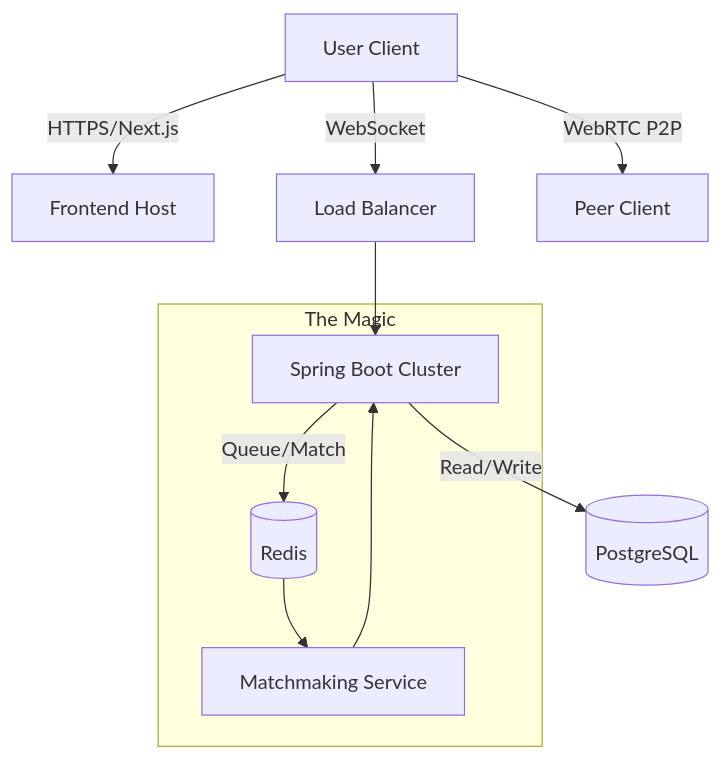
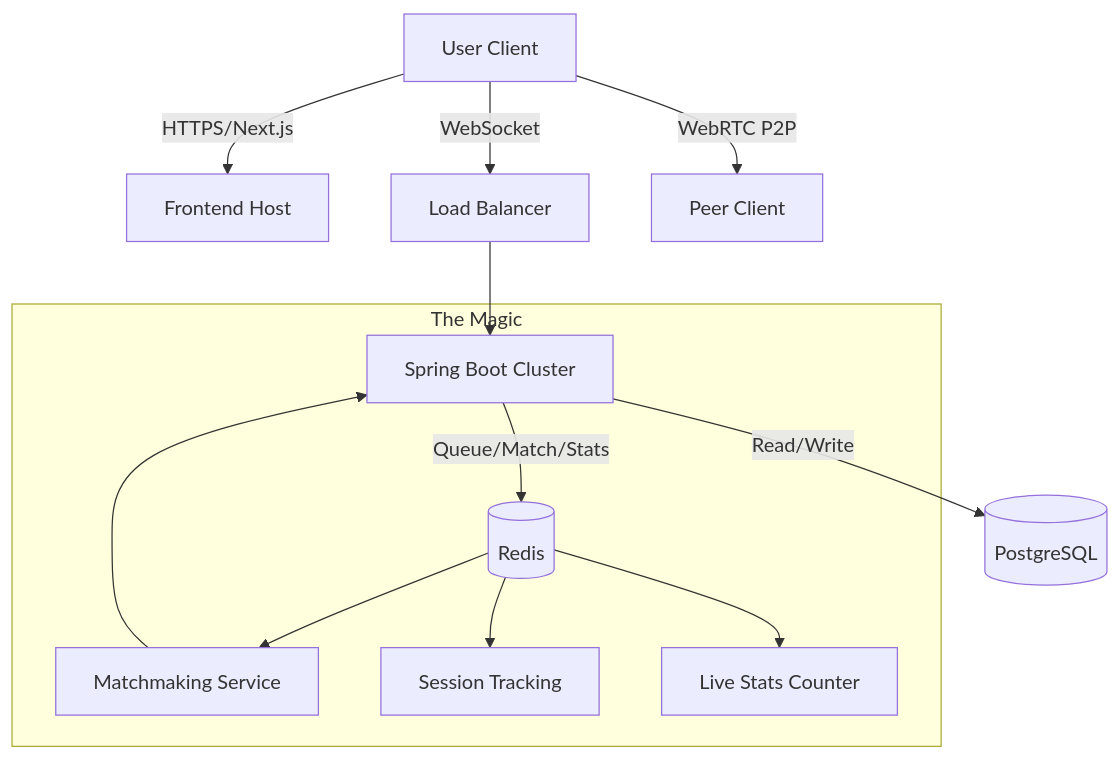
Before and after one commit to uKnight-Co/uKnight: the diagram in README.md, drawn with Mermaid. The commit also changed other lines of this file and 8 other files, not shown here.

First line of the commit message:
feat(redis): atomic ZSET matchmaking, distributed session tracking, live stats counter

````diff
--- a/README.md
+++ b/README.md
@@ -41,16 +41,18 @@
 ```mermaid
 graph TD
     User[User Client] -->|HTTPS/Next.js| Vercel[Frontend Host]
     User -->|WebSocket| LB[Load Balancer]
     User -->|WebRTC P2P| Peer[Peer Client]
     
     LB --> Spring[Spring Boot Cluster]
     
     Spring -->|Read/Write| Postgres[(PostgreSQL)]
-    Spring -->|Queue/Match| Redis[(Redis)]
+    Spring -->|Queue/Match/Stats| Redis[(Redis)]
     
     subgraph "The Magic"
         Redis --> Matchmaker[Matchmaking Service]
+        Redis --> Sessions[Session Tracking]
+        Redis --> Stats[Live Stats Counter]
         Matchmaker --> Spring
     end
 ```
````
